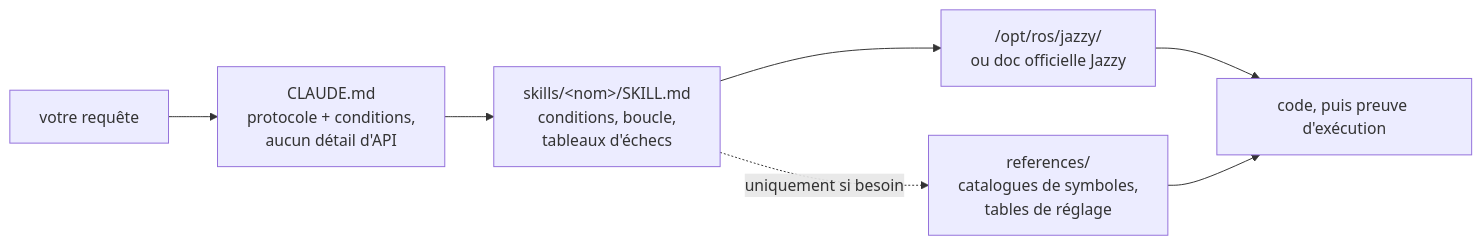
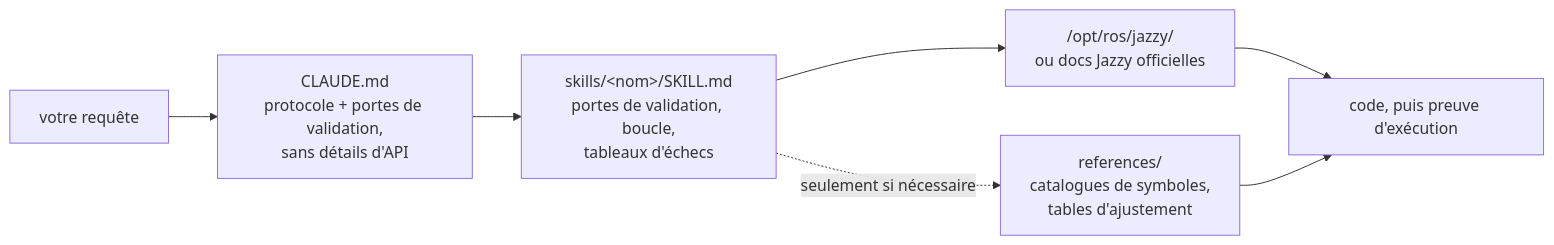
The diagram in README.fr.md (Leehyunbin0131/claude-ros2-skills), drawn with Mermaid before and after one commit. The commit also changed other lines of this file and 6 other files, not shown here.

````diff
--- a/README.fr.md
+++ b/README.fr.md
@@ -155,9 +154,9 @@
 ```mermaid
 flowchart LR
-    A["votre requête"] --> B["CLAUDE.md<br/>protocole + conditions,<br/>aucun détail d'API"]
-    B --> C["skills/&lt;nom&gt;/SKILL.md<br/>conditions, boucle,<br/>tableaux d'échecs"]
-    C --> D["/opt/ros/jazzy/<br/>ou doc officielle Jazzy"]
-    C -.uniquement si besoin.-> R["references/<br/>catalogues de symboles,<br/>tables de réglage"]
+    A["votre requête"] --> B["CLAUDE.md<br/>protocole + portes de validation,<br/>sans détails d'API"]
+    B --> C["skills/&lt;nom&gt;/SKILL.md<br/>portes de validation, boucle,<br/>tableaux d'échecs"]
+    C --> D["/opt/ros/jazzy/<br/>ou docs Jazzy officielles"]
+    C -.seulement si nécessaire.-> R["references/<br/>catalogues de symboles,<br/>tables d'ajustement"]
     D --> E["code, puis preuve d'exécution"]
     R --> E
 ```
````
